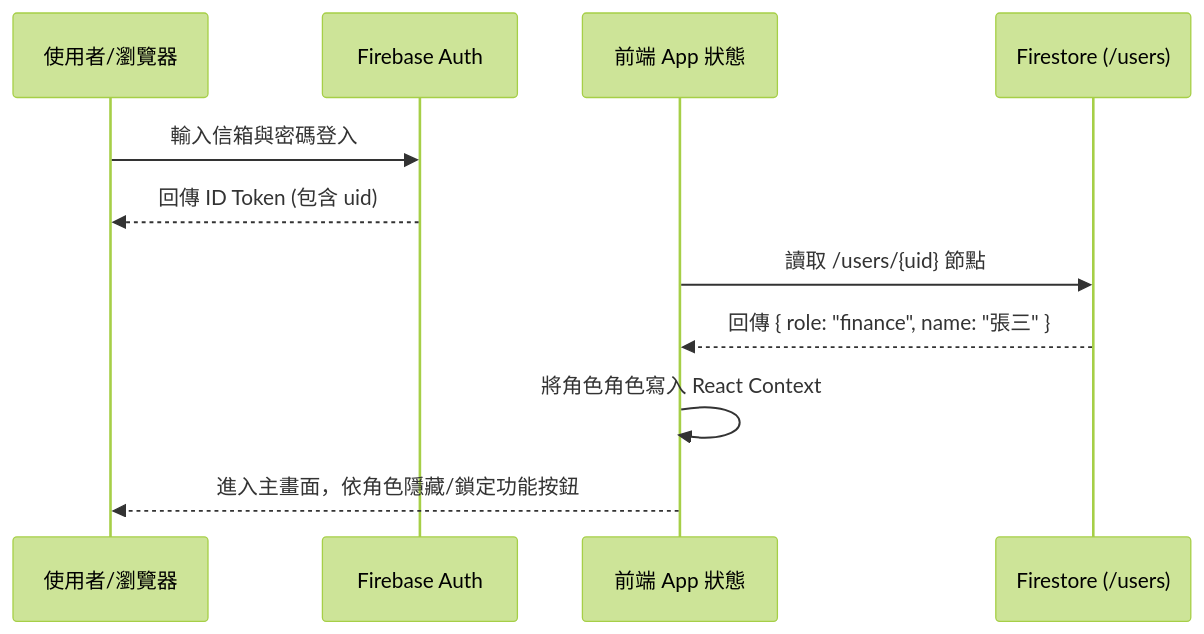
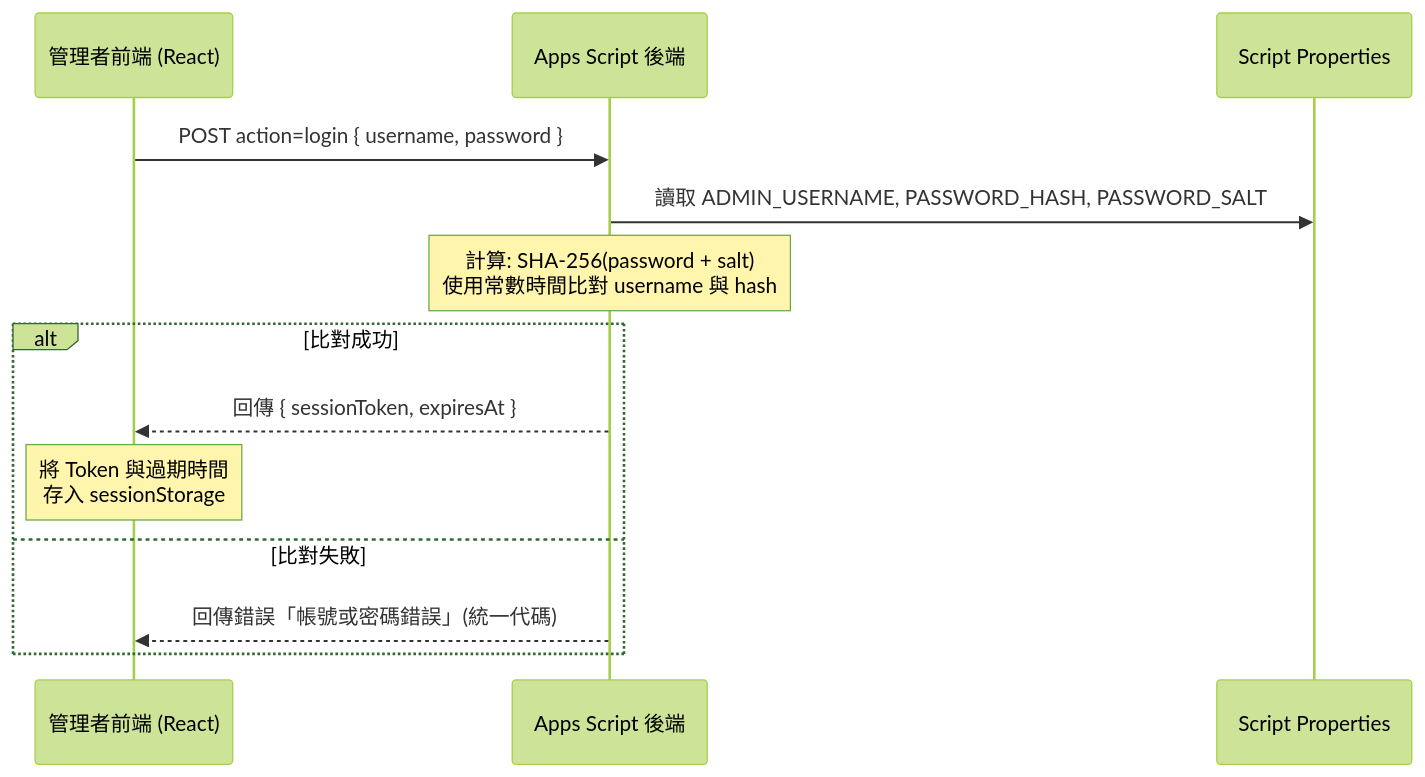
One commit to cloud258654-alt/Aisa_AI changed the diagram in Daily_Ai_004_Futain0857 system/container-rental-app-v1/project_management/AUTH_PLAN.md. Above: the diagram before and after it, drawn with Mermaid (forest theme). The commit also changed other lines of this file and 44 other files, not shown here.

````diff
--- a/Daily_Ai_004_Futain0857 system/container-rental-app-v1/project_management/AUTH_PLAN.md
+++ b/Daily_Ai_004_Futain0857 system/container-rental-app-v1/project_management/AUTH_PLAN.md
@@ -30,14 +9,16 @@
 ```mermaid
 sequenceDiagram
-  participant User as 使用者/瀏覽器
-  participant Auth as Firebase Auth
-  participant UI as 前端 App 狀態
-  participant DB as Firestore (/users)
+  participant Admin as 管理者前端 (React)
+  participant GAS as Apps Script 後端
+  participant Property as Script Properties
   
-  User->>Auth: 輸入信箱與密碼登入
-  Auth-->>User: 回傳 ID Token (包含 uid)
-  UI->>DB: 讀取 /users/{uid} 節點
-  DB-->>UI: 回傳 { role: "finance", name: "張三" }
-  UI->>UI: 將角色角色寫入 React Context
-  UI-->>User: 進入主畫面，依角色隱藏/鎖定功能按鈕
+  Admin->>GAS: POST action=login { username, password }
+  GAS->>Property: 讀取 ADMIN_USERNAME, PASSWORD_HASH, PASSWORD_SALT
+  Note over GAS: 計算: SHA-256(password + salt)<br/>使用常數時間比對 username 與 hash
+  ALT 比對成功
+    GAS-->>Admin: 回傳 { sessionToken, expiresAt }
+    Note over Admin: 將 Token 與過期時間<br/>存入 sessionStorage
+  ELSE 比對失敗
+    GAS-->>Admin: 回傳錯誤「帳號或密碼錯誤」(統一代碼)
+  END
 ```
````
